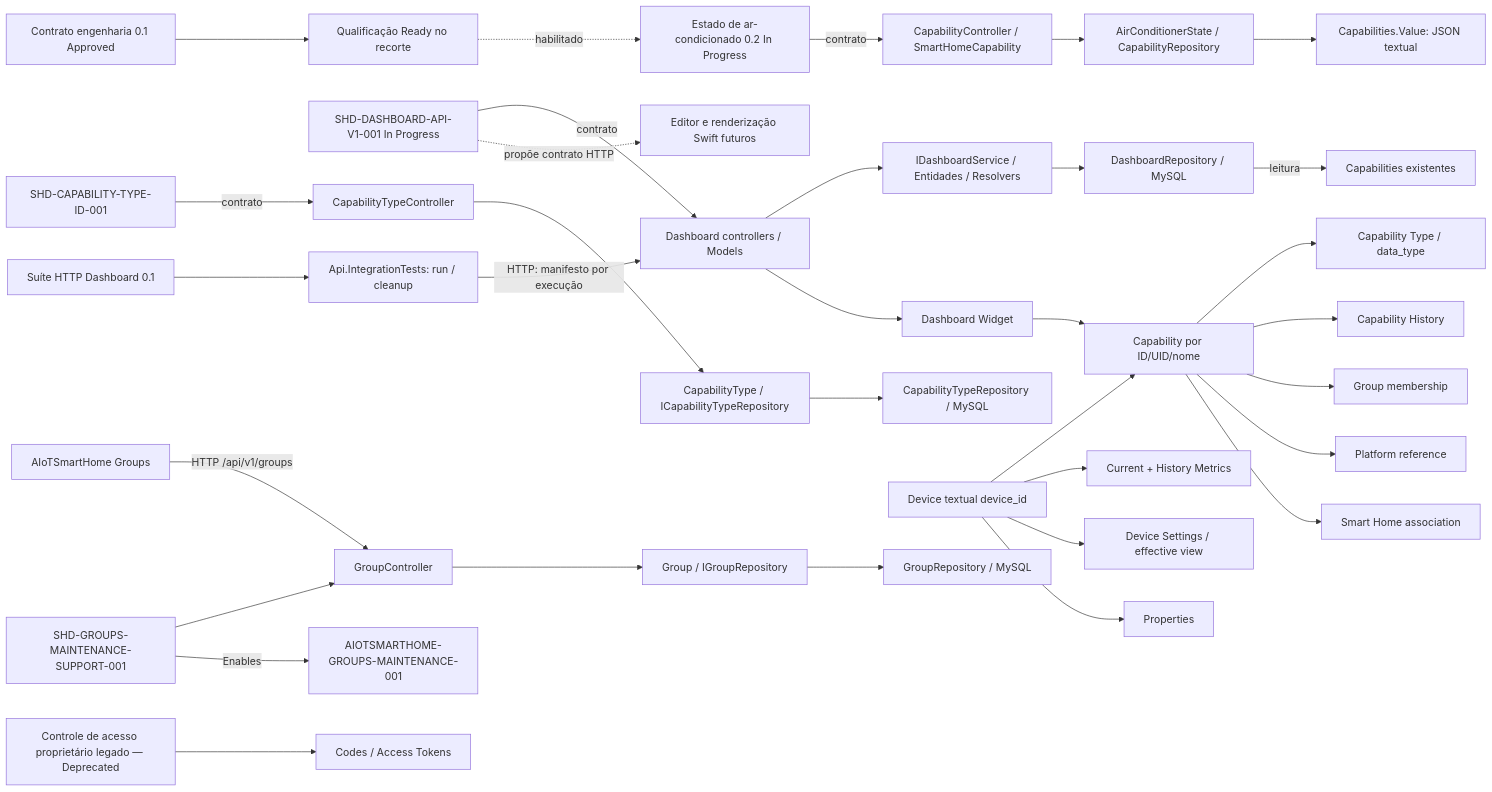
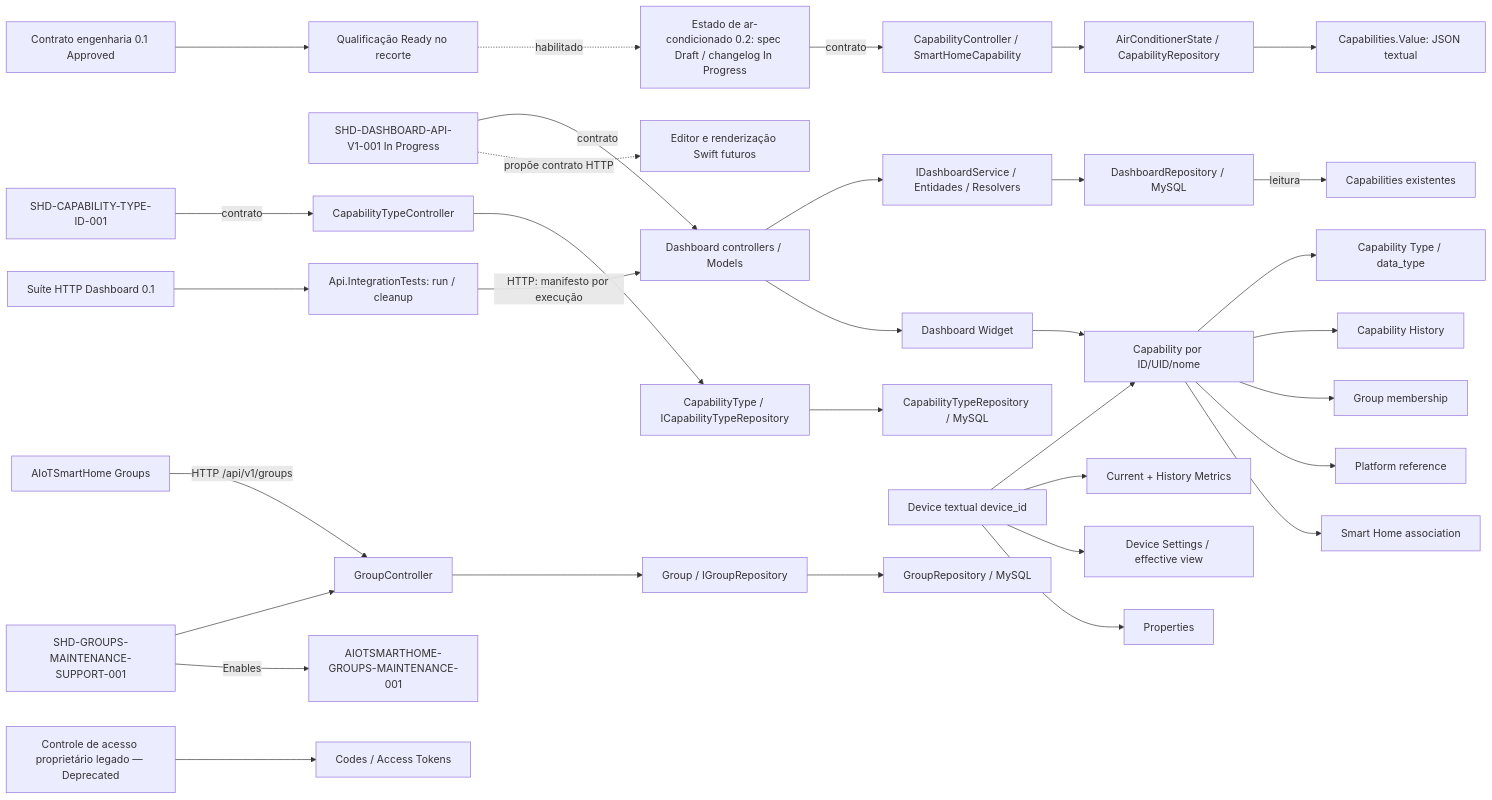
The diagram in docs/rfc/KNOWLEDGE-MAP.md (iotsmartsys/SmartHome-DeviceApi), drawn with Mermaid before and after one commit. The commit also changed other lines of this file and 18 other files, not shown here.

````diff
--- a/docs/rfc/KNOWLEDGE-MAP.md
+++ b/docs/rfc/KNOWLEDGE-MAP.md
@@ -89,35 +99,35 @@
 ```mermaid
 flowchart LR
     ENGINEERING[Contrato engenharia 0.1 Approved] --> READINESS[Qualificação Ready no recorte]
     READINESS -.->|habilitado| ACSPEC
-    ACSPEC[Estado de ar-condicionado 0.2 In Progress] -->|contrato| ACAPI[CapabilityController / SmartHomeCapability]
+    ACSPEC[Estado de ar-condicionado 0.2: spec Draft / changelog In Progress] -->|contrato| ACAPI[CapabilityController / SmartHomeCapability]
     ACAPI --> ACCORE[AirConditionerState / CapabilityRepository]
     ACCORE --> ACDB[Capabilities.Value: JSON textual]
     DASHSPEC[SHD-DASHBOARD-API-V1-001 In Progress] -->|contrato| DASHAPI[Dashboard controllers / Models]
     DASHTESTSPEC[Suíte HTTP Dashboard 0.1] --> DASHTEST[Api.IntegrationTests: run / cleanup]
     DASHTEST -->|HTTP: manifesto por execução| DASHAPI
     DASHAPI --> DASHCORE[IDashboardService / Entidades / Resolvers]
     DASHCORE --> DASHDB[DashboardRepository / MySQL]
     DASHDB -->|leitura| DASHCAP[Capabilities existentes]
     DASHSPEC -.->|propõe contrato HTTP| DASHAPP[Editor e renderização Swift futuros]
     CTSPEC[SHD-CAPABILITY-TYPE-ID-001] -->|contrato| CTAPI[CapabilityTypeController]
     CTAPI --> CTCORE[CapabilityType / ICapabilityTypeRepository]
     CTCORE --> CTDB[CapabilityTypeRepository / MySQL]
     APP[AIoTSmartHome Groups] -->|HTTP /api/v1/groups| API[GroupController]
     SPEC[SHD-GROUPS-MAINTENANCE-SUPPORT-001] --> API
     API --> CORE[Group / IGroupRepository]
     CORE --> DB[GroupRepository / MySQL]
     SPEC -->|Enables| APPSPEC[AIOTSMARTHOME-GROUPS-MAINTENANCE-001]
     DEV[Device textual device_id] --> CAP[Capability por ID/UID/nome]
     CAP --> TYPE[Capability Type / data_type]
     CAP --> HIST[Capability History]
     CAP --> GROUP[Group membership]
     CAP --> PLATFORM[Platform reference]
     CAP --> SMART[Smart Home association]
     DEV --> METRICS[Current + History Metrics]
     DEV --> SETTINGS[Device Settings / effective view]
     DEV --> PROPERTY[Properties]
     DASHAPI --> WIDGET[Dashboard Widget]
     WIDGET --> CAP
     LEGACY[Controle de acesso proprietário legado — Deprecated] --> TOKEN[Codes / Access Tokens]
 ```
````
